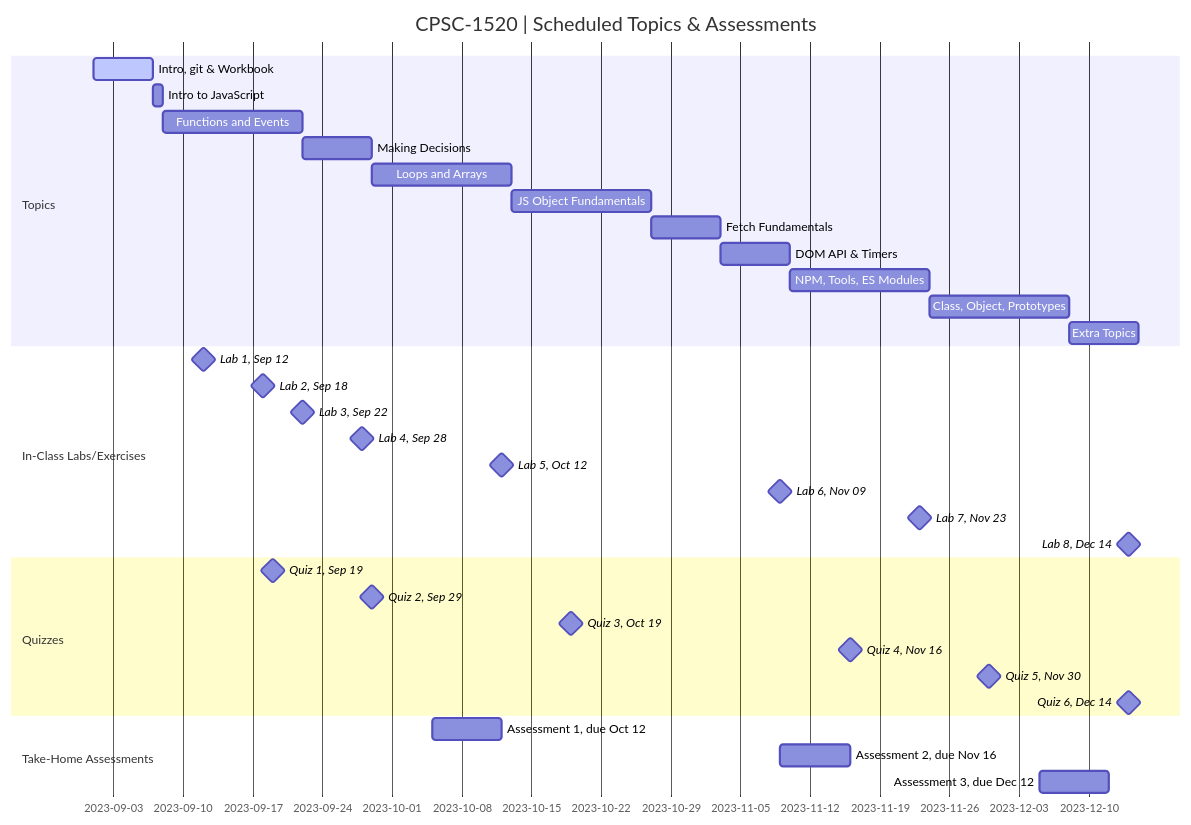
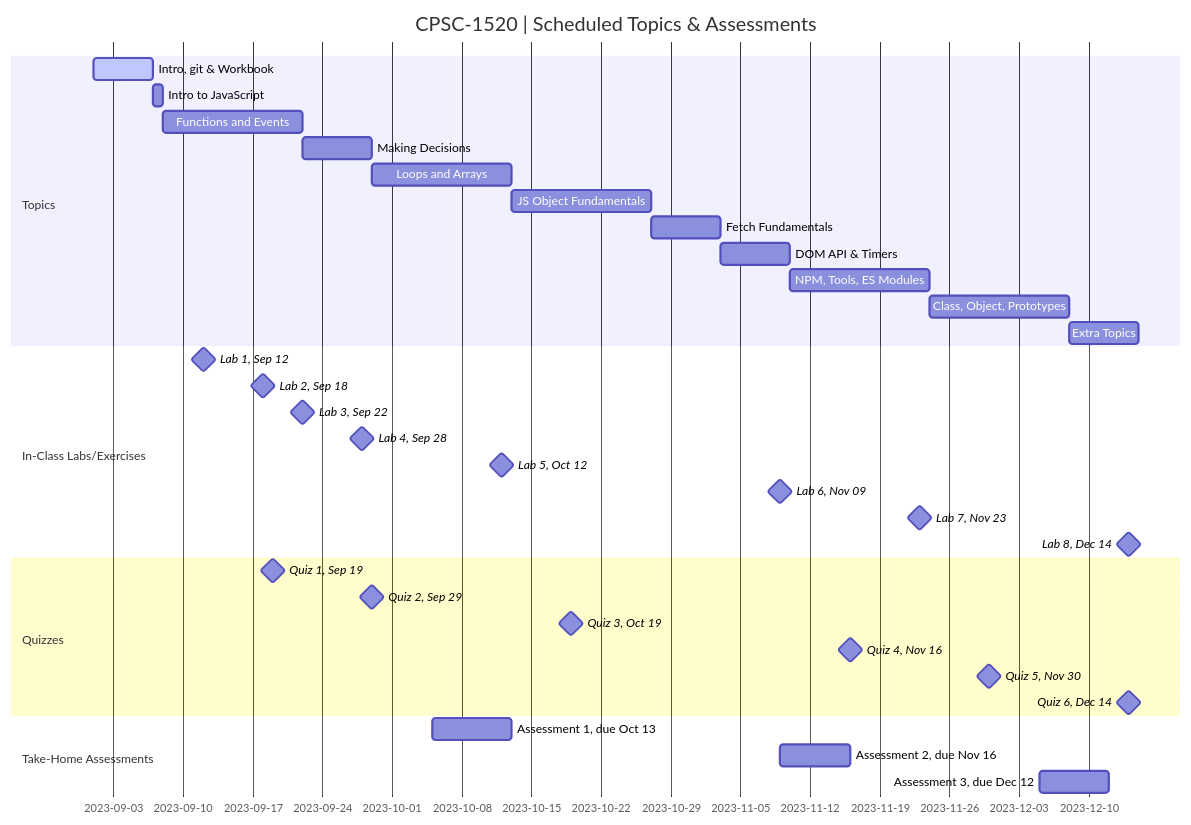
One commit to CPSC-1520/CPSC-1520-Workbook-A02-dgilleland changed the diagram in ReadMe.md. Above: the diagram before and after it, drawn with Mermaid.

Commit message:
Update due date for Assessment 1

````diff
--- a/ReadMe.md
+++ b/ReadMe.md
@@ -11,47 +11,47 @@
 ```mermaid
 gantt
     dateFormat  YYYY-MM-DD
     title       CPSC-1520 | Scheduled Topics & Assessments
     %% excludes    weekends
     %% (`excludes` accepts specific dates in YYYY-MM-DD format, days of the week ("sunday") or "weekends", but not the word "weekdays".)
 
     section Topics
     %% done - for finished tasks
     %% active - for current tasks
     %% crit - for red outline/background
     Intro, git & Workbook     :active,  part0, 2023-09-01, 2023-09-07
     Intro to JavaScript       :         part1, 2023-09-07, 1d
     Functions and Events      :         part2, after part1, 14d
     Making Decisions          :         part3, after part2, 7d
     Loops and Arrays          :         part4, after part3, 14d
     JS Object Fundamentals    :         part5, after part4, 14d
     Fetch Fundamentals        :         part6, after part5, 7d
     DOM API & Timers          :         part7, after part6, 7d
     NPM, Tools, ES Modules    :         part8, after part7, 14d
     Class, Object, Prototypes :         part9, after part8, 14d
     Extra Topics              :         end, after part9, 7d 
 
     section In-Class Labs/Exercises
     Lab 1, Sep 12  :     milestone, 2023-09-12, 0d
     Lab 2, Sep 18  :     milestone, 2023-09-18, 0d
     Lab 3, Sep 22  :     milestone, 2023-09-22, 0d
     Lab 4, Sep 28  :     milestone, 2023-09-28, 0d
     Lab 5, Oct 12  :     milestone, 2023-10-12, 0d
     Lab 6, Nov 09  :     milestone, 2023-11-09, 0d
     Lab 7, Nov 23  :     milestone, 2023-11-23, 0d
     Lab 8, Dec 14  :     milestone, 2023-12-14, 0d
 
     section Quizzes
     Quiz 1, Sep 19 :  milestone, 2023-09-19, 0d
     Quiz 2, Sep 29 :  milestone, 2023-09-29, 0d
     Quiz 3, Oct 19 :  milestone, 2023-10-19, 0d
     Quiz 4, Nov 16 :  milestone, 2023-11-16, 0d
     Quiz 5, Nov 30 :  milestone, 2023-11-30, 0d
     Quiz 6, Dec 14 :  milestone, 2023-12-14, 0d
 
     section Take-Home Assessments
-    Assessment 1, due Oct 12 : 2023-10-05, 2023-10-12
+    Assessment 1, due Oct 13 : 2023-10-05, 2023-10-13
     Assessment 2, due Nov 16 : 2023-11-09, 2023-11-16
     Assessment 3, due Dec 12 : 2023-12-05, 2023-12-12
 
 ```
````
